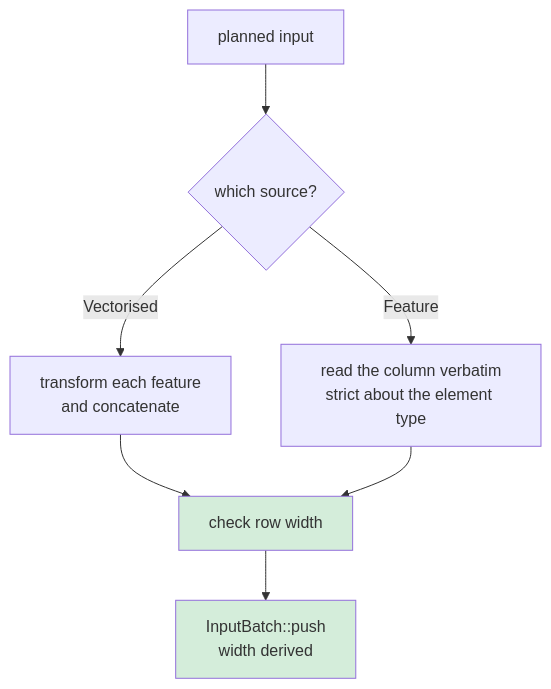
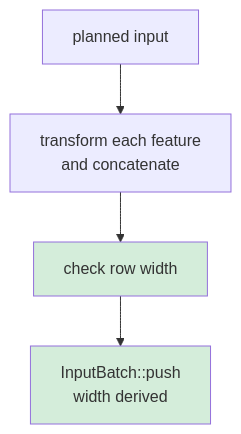
Before and after one commit to PratikBarhate/hushar: the fourth of 7 diagrams in documentation/request-walkthrough.md, drawn with Mermaid. The commit also changed other lines of this file and 3548 other files, not shown here.

````diff
--- a/documentation/request-walkthrough.md
+++ b/documentation/request-walkthrough.md
@@ -177,11 +184,8 @@
 ```mermaid
 flowchart TB
-  b["planned input"] --> s{"which source?"}
-  s -->|"Vectorised"| f["transform each feature<br/>and concatenate"]
-  s -->|"Feature"| p["read the column verbatim<br/>strict about the element type"]
+  b["planned input"] --> f["transform each feature<br/>and concatenate"]
   f --> t["check row width"]
-  p --> t
   t --> ts["InputBatch::push<br/>width derived"]
   style t fill:#d4edda
   style ts fill:#d4edda
 ```
````
